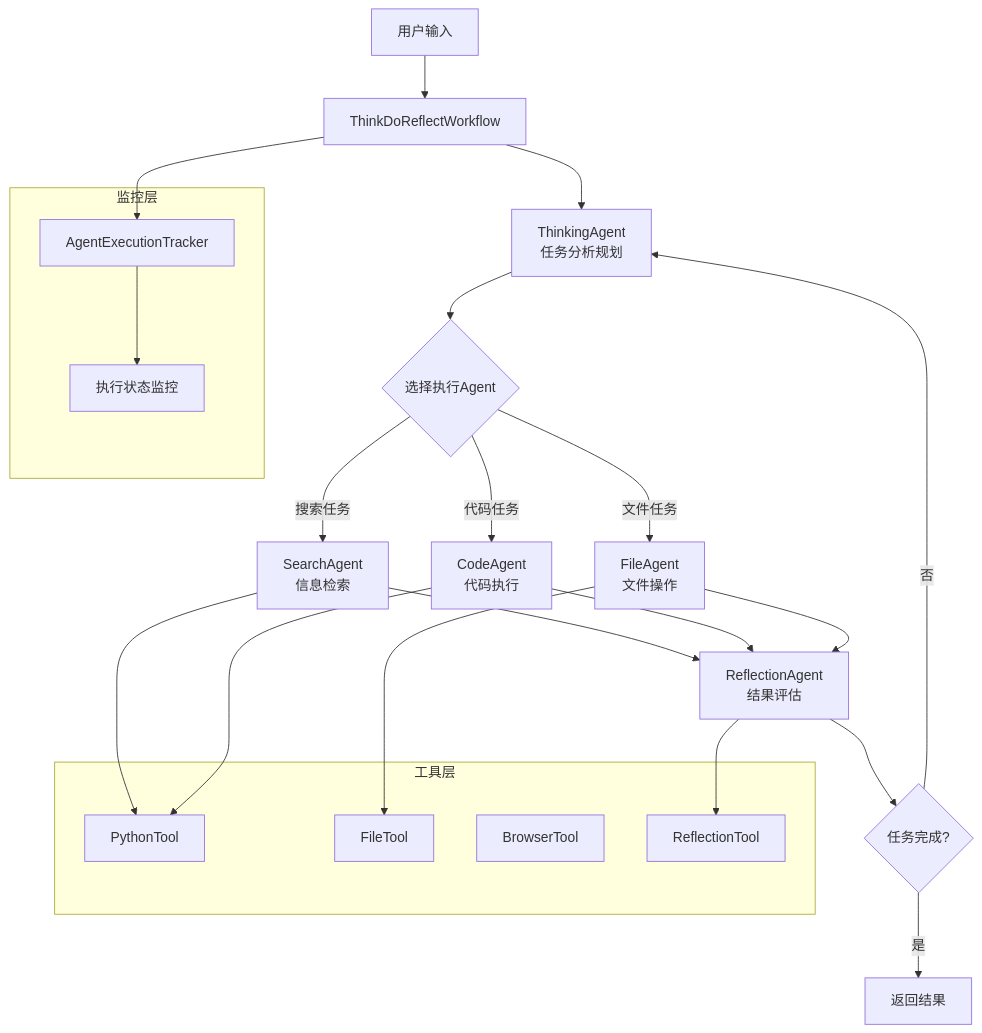
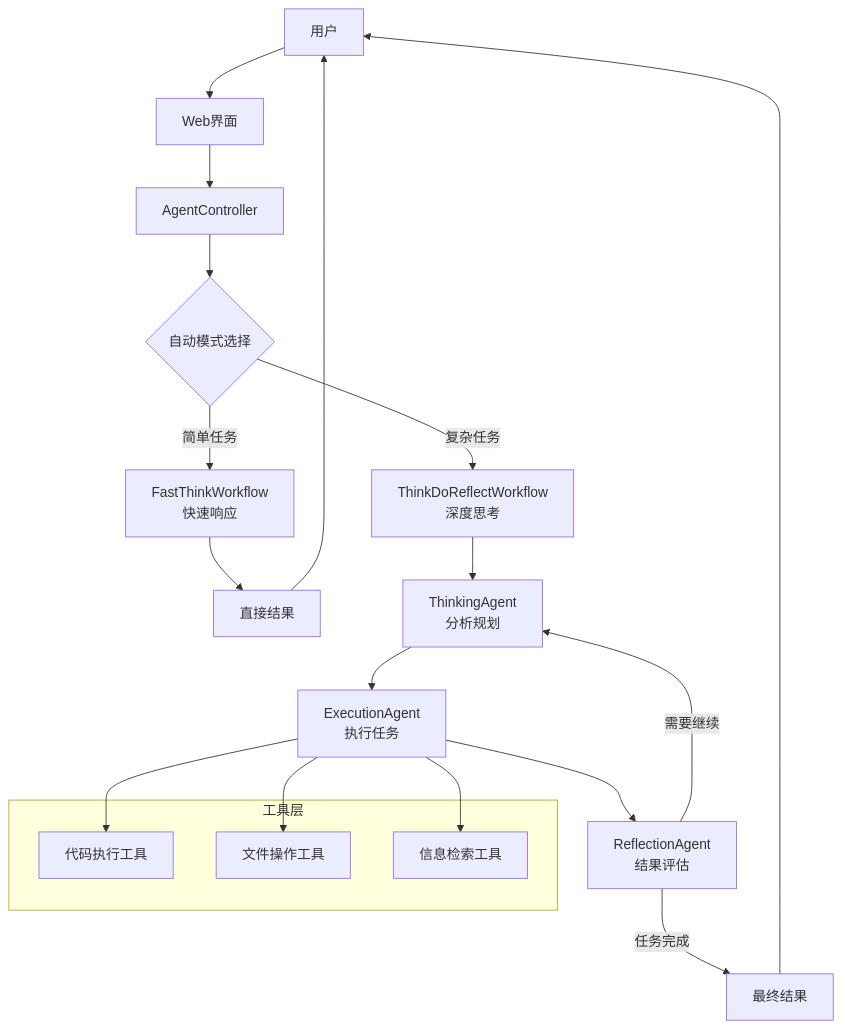
One commit to leochame/OpenManus-Java changed the diagram in README.md. Above: the diagram before and after it, drawn with Mermaid. The commit also changed other lines of this file and 4 other files, not shown here.

````diff
--- a/README.md
+++ b/README.md
@@ -57,34 +52,30 @@
 ```mermaid
 graph TD
-    A[用户输入] --> B[ThinkDoReflectWorkflow]
-    B --> C[ThinkingAgent<br/>任务分析规划]
-    C --> D{选择执行Agent}
-    D -->|搜索任务| E[SearchAgent<br/>信息检索]
-    D -->|代码任务| F[CodeAgent<br/>代码执行]
-    D -->|文件任务| G[FileAgent<br/>文件操作]
-    E --> H[ReflectionAgent<br/>结果评估]
-    F --> H
-    G --> H
-    H --> I{任务完成?}
-    I -->|否| C
-    I -->|是| J[返回结果]
+    User[用户] --> UI[Web界面]
+    UI --> Controller[AgentController]
+    
+    Controller --> AM{自动模式选择}
+    AM -->|简单任务| FW[FastThinkWorkflow<br/>快速响应]
+    AM -->|复杂任务| TDR[ThinkDoReflectWorkflow<br/>深度思考]
+    
+    FW --> Result1[直接结果]
+    
+    TDR --> TA[ThinkingAgent<br/>分析规划]
+    TA --> EA[ExecutionAgent<br/>执行任务]
+    EA --> RA[ReflectionAgent<br/>结果评估]
+    RA -->|任务完成| Result2[最终结果]
+    RA -->|需要继续| TA
     
     subgraph "工具层"
-        K[PythonTool]
-        L[FileTool]
-        M[BrowserTool]
-        N[ReflectionTool]
+        CodeTool[代码执行工具]
+        FileTool[文件操作工具]
+        SearchTool[信息检索工具]
     end
     
-    subgraph "监控层"
-        O[AgentExecutionTracker]
-        P[执行状态监控]
-    end
+    EA --> CodeTool
+    EA --> FileTool
+    EA --> SearchTool
     
-    E --> K
-    F --> K
-    G --> L
-    H --> N
-    B --> O
-    O --> P
+    Result1 --> User
+    Result2 --> User
 ```
````
